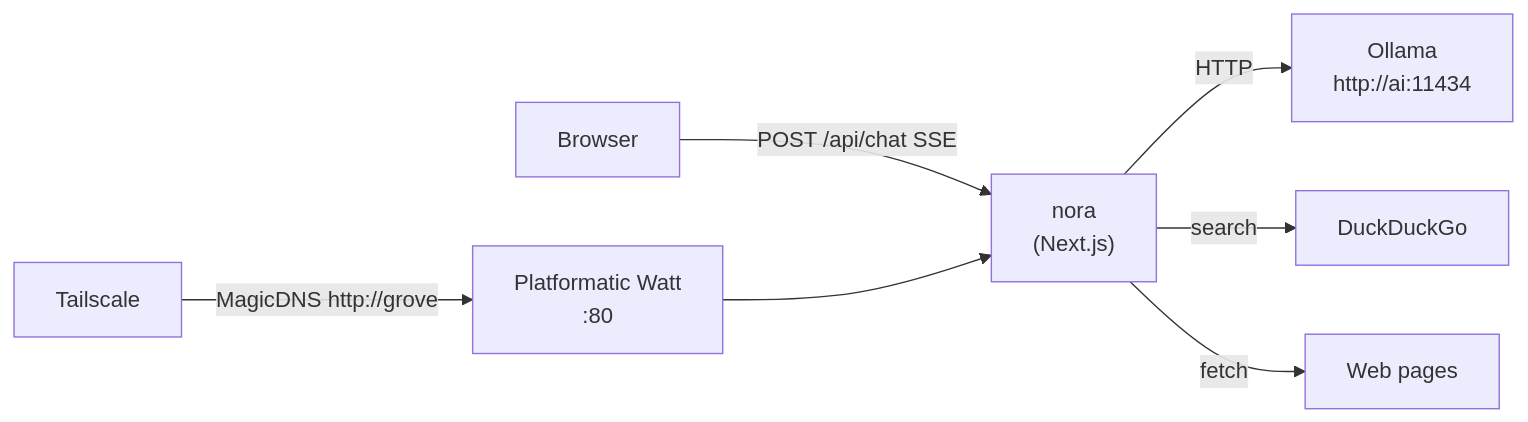
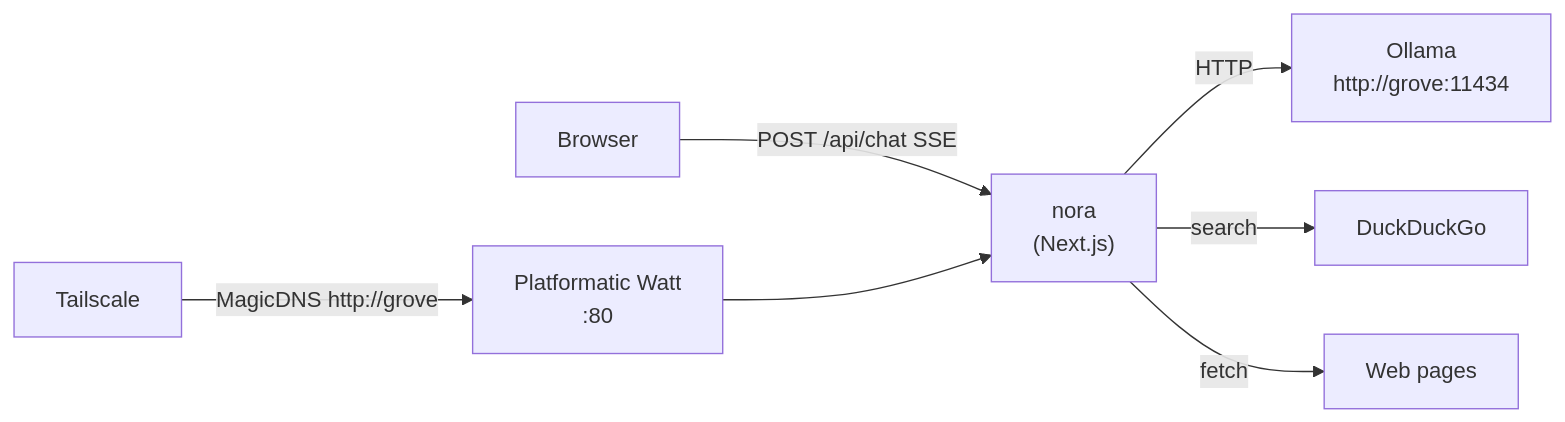
Before and after one commit to kod88vn/grove: the first of 2 diagrams in apps/nora/DESIGN.md, drawn with Mermaid. The commit also changed other lines of this file and 10 other files, not shown here.

````diff
--- a/apps/nora/DESIGN.md
+++ b/apps/nora/DESIGN.md
@@ -13,9 +13,9 @@
 ```mermaid
 flowchart LR
     Browser -->|POST /api/chat SSE| Nora["nora\n(Next.js)"]
-    Nora -->|HTTP| Ollama["Ollama\nhttp://ai:11434"]
+    Nora -->|HTTP| Ollama["Ollama\nhttp://grove:11434"]
     Nora -->|search| DDG["DuckDuckGo"]
     Nora -->|fetch| Web["Web pages"]
     Tailscale -->|MagicDNS http://grove| Watt["Platformatic Watt\n:80"]
     Watt --> Nora
 ```
````
